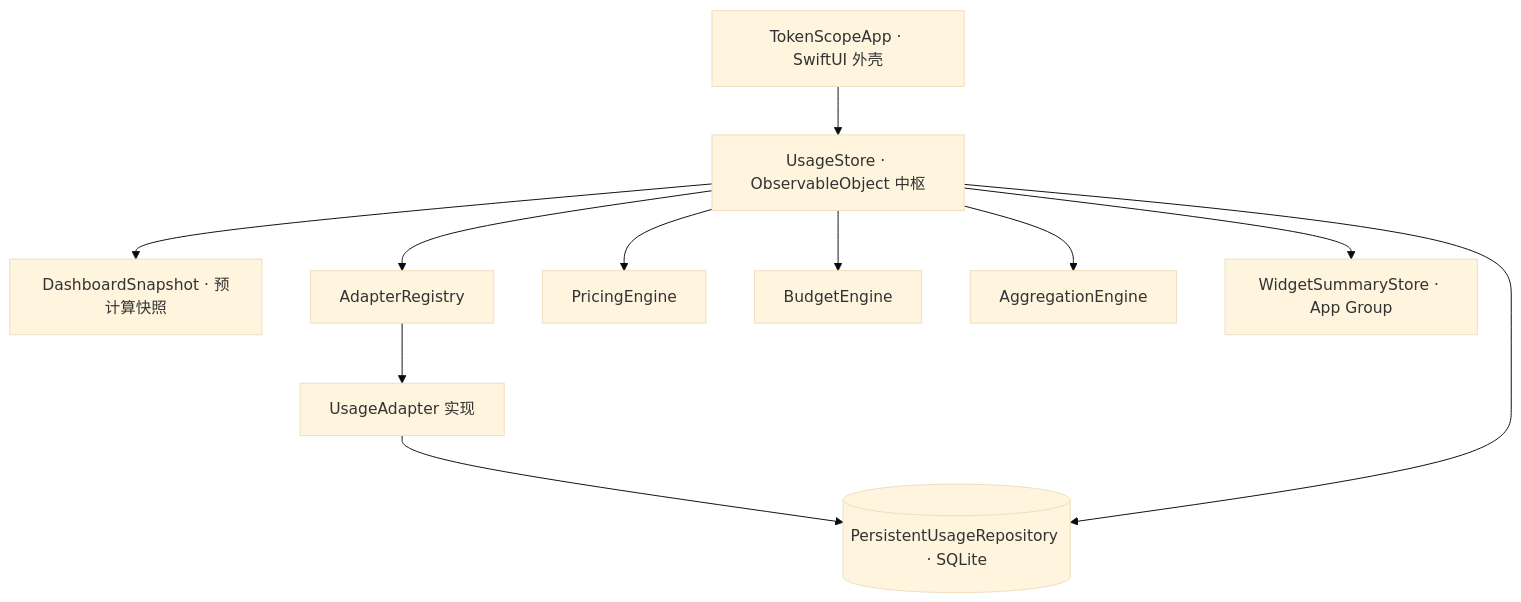
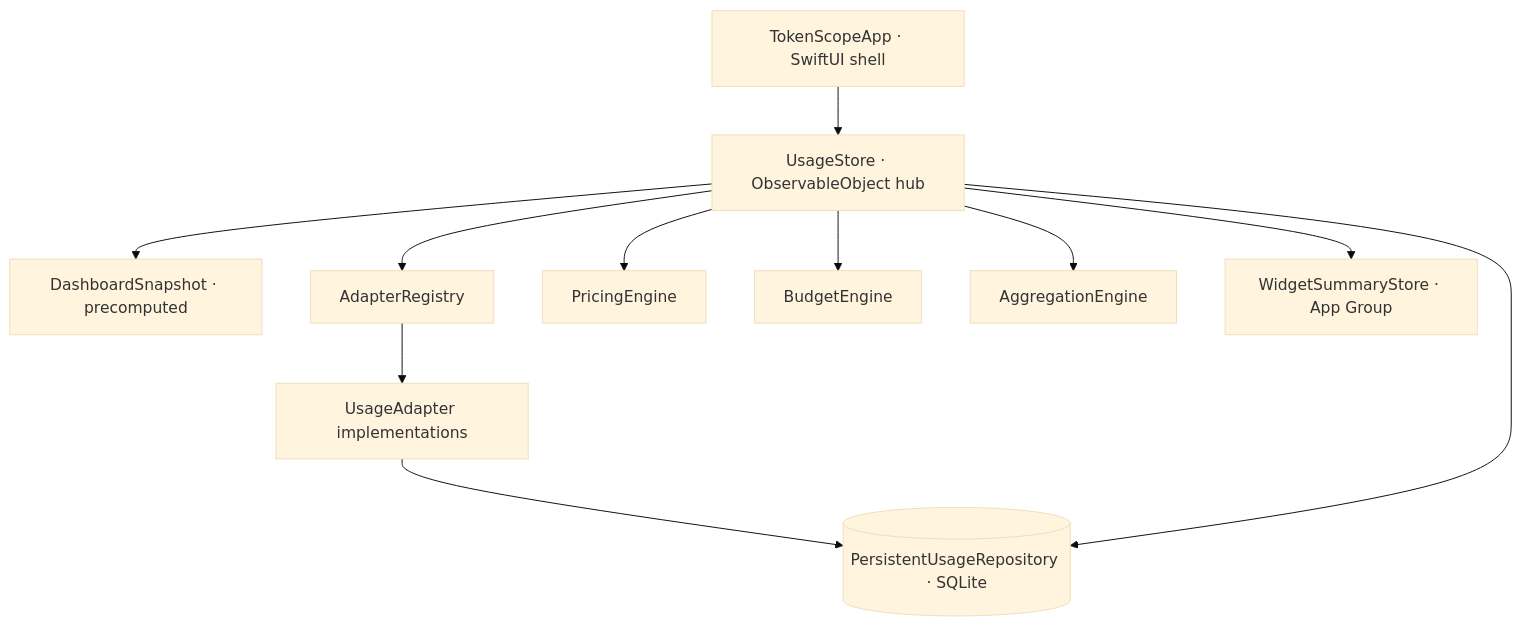
The diagram in README.md (BennettL569/Token-UI-TokenScope), drawn with Mermaid (base theme) before and after one commit. The commit also changed other lines of this file, not shown here.

````diff
--- a/README.md
+++ b/README.md
@@ -160,23 +158,23 @@
 ```mermaid
 flowchart TD
-  App[TokenScopeApp · SwiftUI 外壳]
-  Store[UsageStore · ObservableObject 中枢]
-  Snapshot[DashboardSnapshot · 预计算快照]
+  App[TokenScopeApp · SwiftUI shell]
+  Store[UsageStore · ObservableObject hub]
+  Snapshot[DashboardSnapshot · precomputed]
   Registry[AdapterRegistry]
-  Adapters[UsageAdapter 实现]
+  Adapters[UsageAdapter implementations]
   Repo[(PersistentUsageRepository · SQLite)]
   Pricing[PricingEngine]
   Budget[BudgetEngine]
   Agg[AggregationEngine]
   Widget[WidgetSummaryStore · App Group]
 
   App --> Store
   Store --> Snapshot
   Store --> Registry --> Adapters
   Adapters --> Repo
   Store --> Repo
   Store --> Agg
   Store --> Pricing
   Store --> Budget
   Store --> Widget
 ```
````
